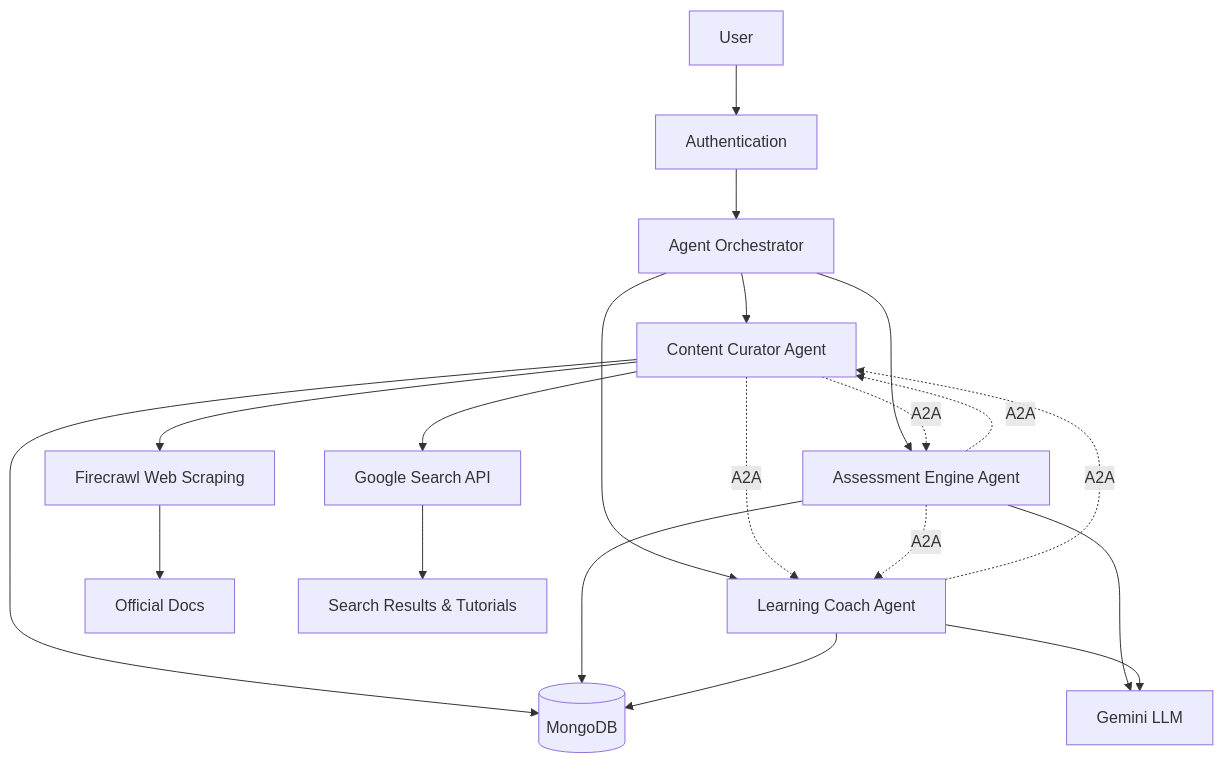
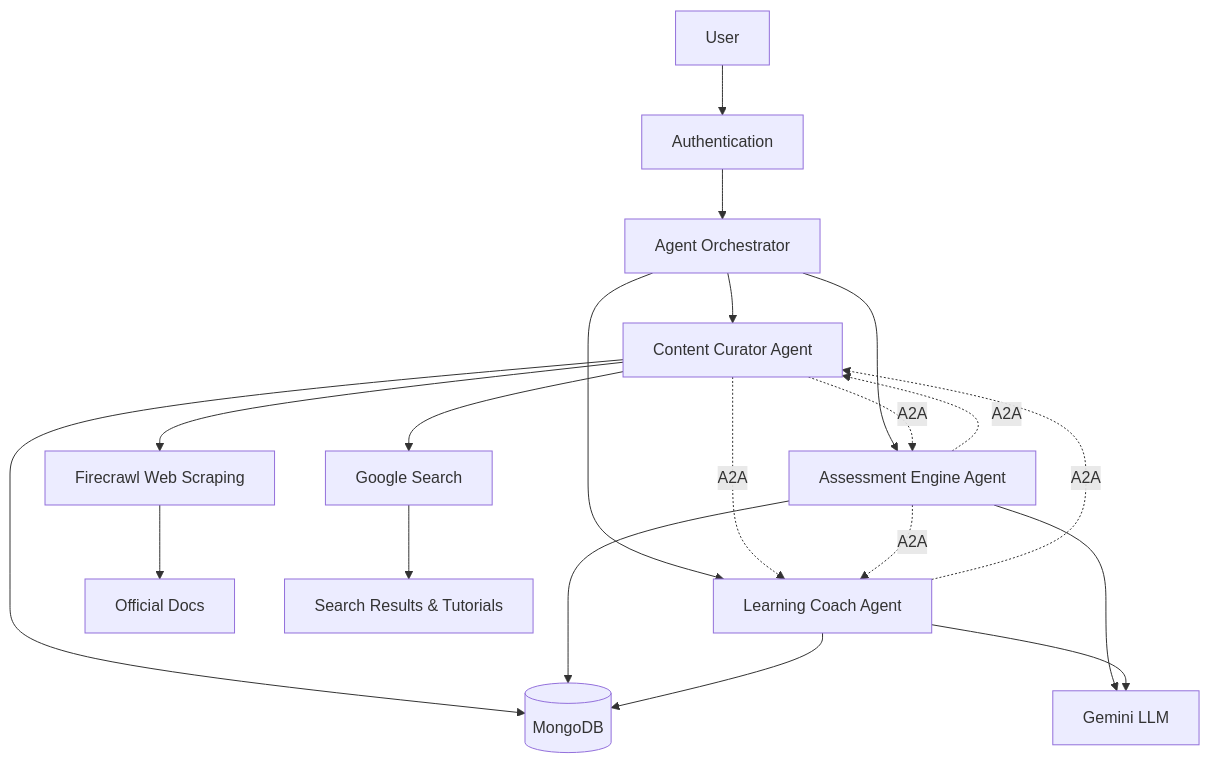
Before and after one commit to tsognong/ai-certification-prep-assistant: the diagram in README.md, drawn with Mermaid.

Commit message:
Update GoogleSearch link in README

````diff
--- a/README.md
+++ b/README.md
@@ -45,22 +45,22 @@
 ```mermaid
 flowchart TB
    U[User] --> Auth[Authentication]
    Auth --> Orchestrator[Agent Orchestrator]
    Orchestrator --> Curator[Content Curator Agent]
    Orchestrator --> Assessment[Assessment Engine Agent]
    Orchestrator --> Coach[Learning Coach Agent]
    Curator -.->|A2A| Assessment
    Curator -.->|A2A| Coach
    Assessment -.->|A2A| Coach
    Coach -.->|A2A| Curator
    Assessment -.->|A2A| Curator
    Curator --> DB[(MongoDB)]
    Assessment --> DB
    Coach --> DB
    Curator --> Firecrawl[Firecrawl Web Scraping]
-   Curator --> GoogleSearch[Google Search API]
+   Curator --> GoogleSearch[Google Search]
    Assessment --> Gemini[Gemini LLM]
    Coach --> Gemini
    Firecrawl --> Docs[Official Docs]
    GoogleSearch --> Tutorials[Search Results & Tutorials]
 ```
````
